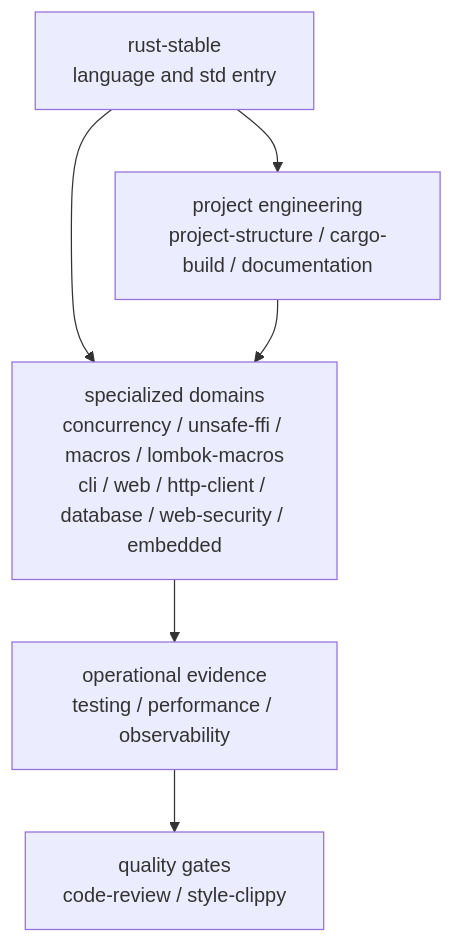
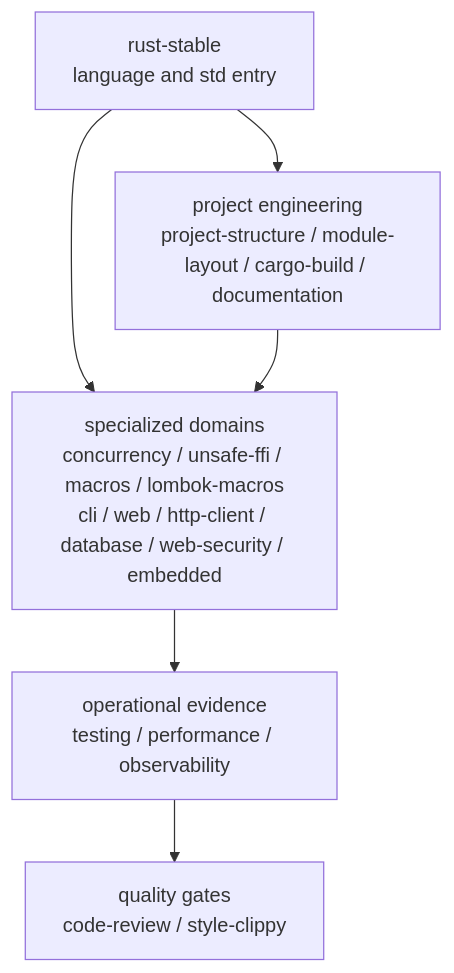
Before and after one commit to full-stack-skills/rust-skills: the diagram in README.md, drawn with Mermaid. The commit also changed other lines of this file and 28 other files, not shown here.

First line of the commit message:
feat(rust): 新增 rust-module-layout 技能，聚焦 crate 内部模块布局

````diff
--- a/README.md
+++ b/README.md
@@ -55,14 +55,14 @@
 ```mermaid
 flowchart TB
     S["rust-stable<br/>language and std entry"]
-    P["project engineering<br/>project-structure / cargo-build / documentation"]
+    P["project engineering<br/>project-structure / module-layout / cargo-build / documentation"]
     D["specialized domains<br/>concurrency / unsafe-ffi / macros / lombok-macros<br/>cli / web / http-client / database / web-security / embedded"]
     O["operational evidence<br/>testing / performance / observability"]
     Q["quality gates<br/>code-review / style-clippy"]
 
     S --> P
     S --> D
     P --> D
     D --> O
     O --> Q
 ```
````
